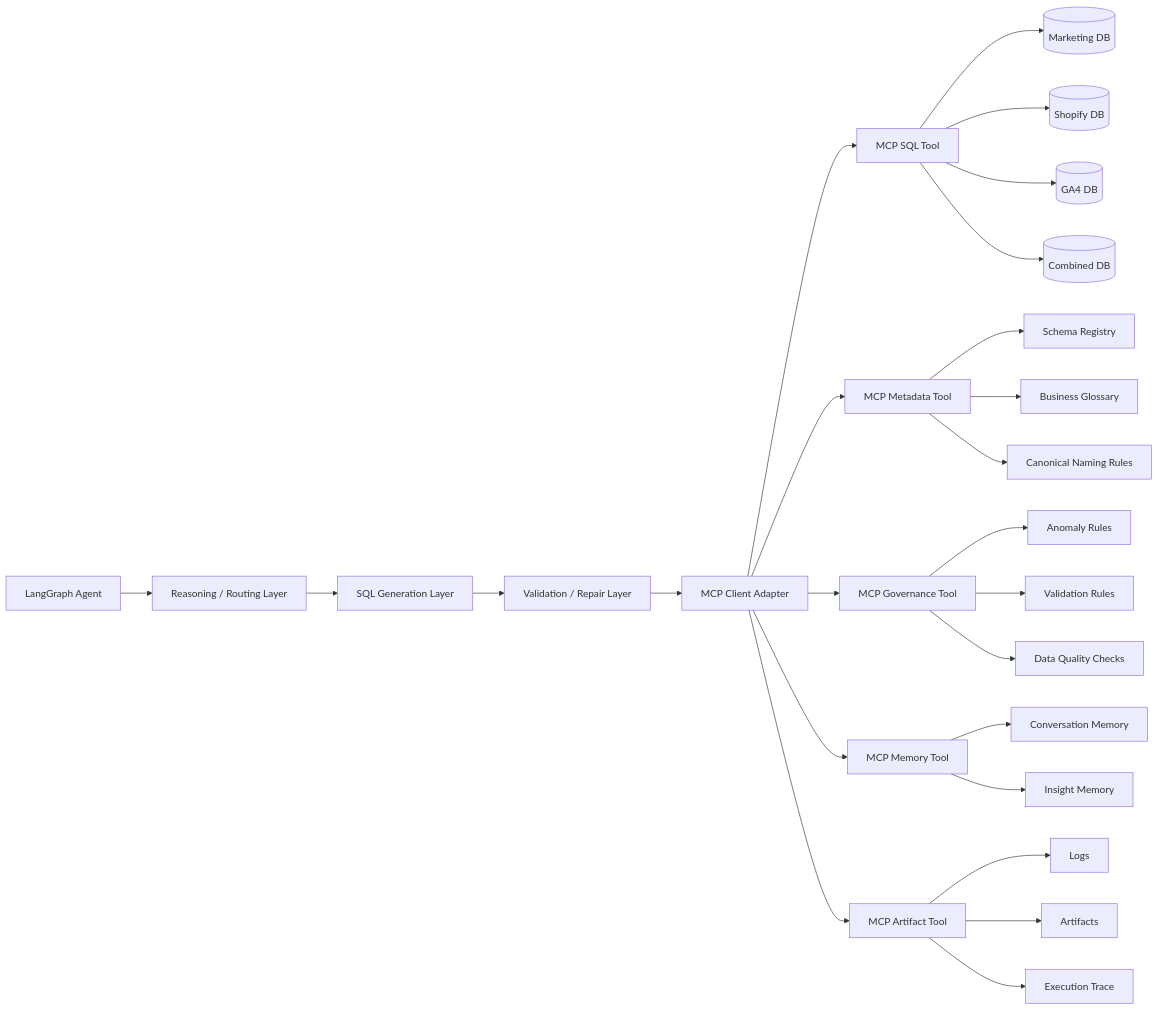
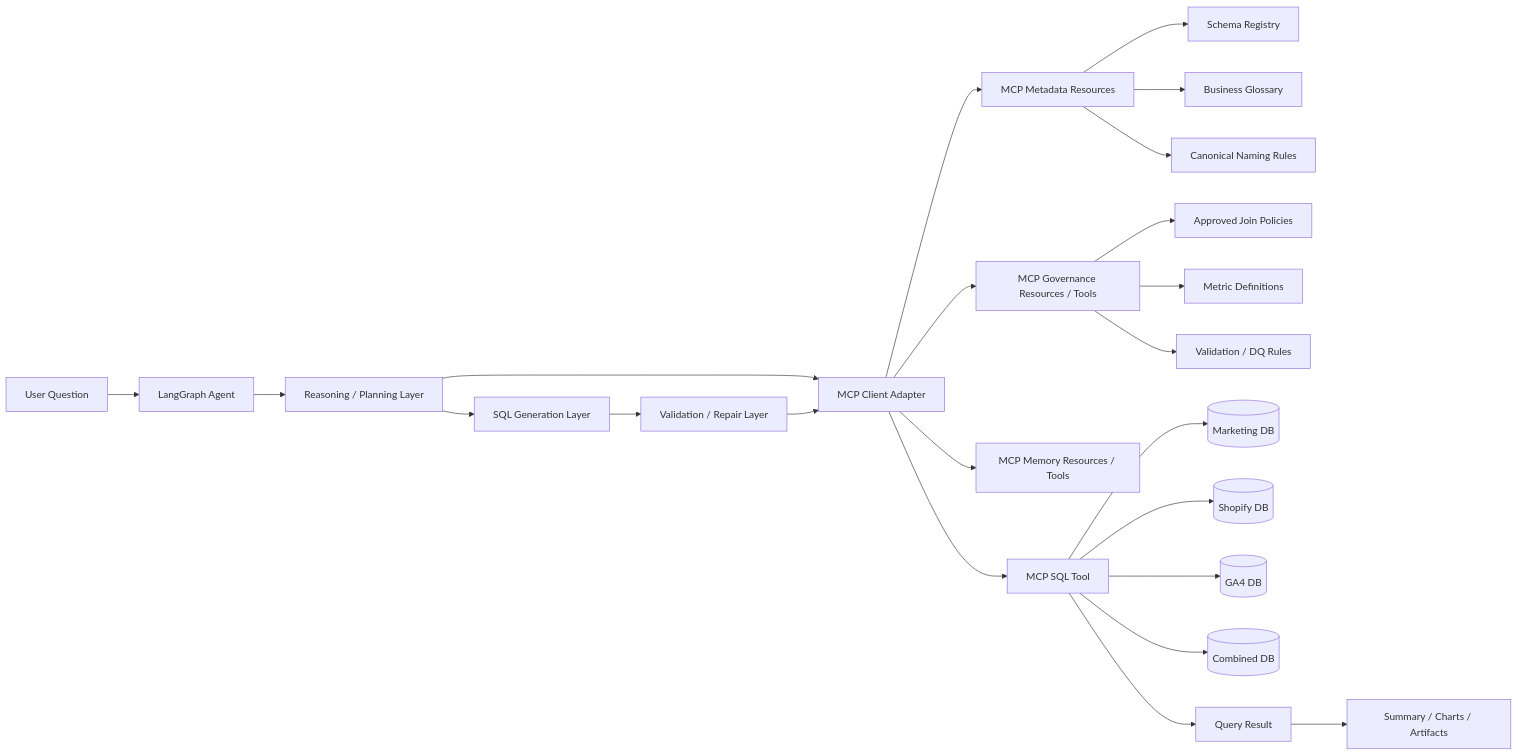
The third of 3 diagrams in README.md (ravi2041/Canoniq), drawn with Mermaid before and after one commit.

Commit message:
Update README with project overview and architecture

````diff
--- a/README.md
+++ b/README.md
@@ -163,34 +163,33 @@
 ```mermaid
 flowchart LR
-    A[LangGraph Agent] --> B[Reasoning / Routing Layer]
-    B --> C[SQL Generation Layer]
-    C --> D[Validation / Repair Layer]
-    D --> E[MCP Client Adapter]
+    A[User Question] --> B[LangGraph Agent]
 
-    E --> F1[MCP SQL Tool]
-    E --> F2[MCP Metadata Tool]
-    E --> F3[MCP Governance Tool]
-    E --> F4[MCP Memory Tool]
-    E --> F5[MCP Artifact Tool]
+    B --> C[Reasoning / Planning Layer]
+    C --> D[MCP Client Adapter]
 
-    F1 --> G1[(Marketing DB)]
-    F1 --> G2[(Shopify DB)]
-    F1 --> G3[(GA4 DB)]
-    F1 --> G4[(Combined DB)]
+    D --> M1[MCP Metadata Resources]
+    D --> M2[MCP Governance Resources / Tools]
+    D --> M3[MCP Memory Resources / Tools]
 
-    F2 --> H1[Schema Registry]
-    F2 --> H2[Business Glossary]
-    F2 --> H3[Canonical Naming Rules]
+    M1 --> H1[Schema Registry]
+    M1 --> H2[Business Glossary]
+    M1 --> H3[Canonical Naming Rules]
 
-    F3 --> I1[Anomaly Rules]
-    F3 --> I2[Validation Rules]
-    F3 --> I3[Data Quality Checks]
+    M2 --> I1[Approved Join Policies]
+    M2 --> I2[Metric Definitions]
+    M2 --> I3[Validation / DQ Rules]
 
-    F4 --> J1[Conversation Memory]
-    F4 --> J2[Insight Memory]
+    C --> E[SQL Generation Layer]
+    E --> F[Validation / Repair Layer]
+    F --> D
+    D --> S[MCP SQL Tool]
 
-    F5 --> K1[Logs]
-    F5 --> K2[Artifacts]
-    F5 --> K3[Execution Trace]
+    S --> G1[(Marketing DB)]
+    S --> G2[(Shopify DB)]
+    S --> G3[(GA4 DB)]
+    S --> G4[(Combined DB)]
+
+    S --> R[Query Result]
+    R --> T[Summary / Charts / Artifacts]
 
 ```
````
